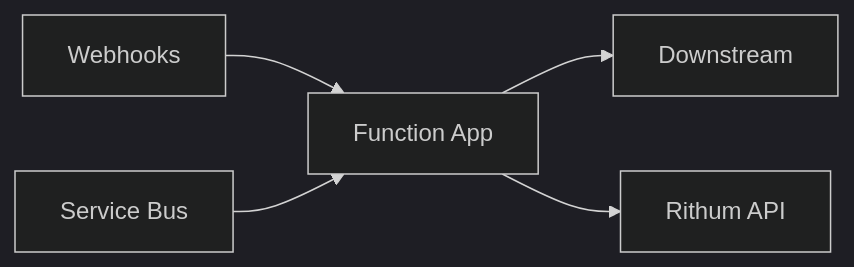
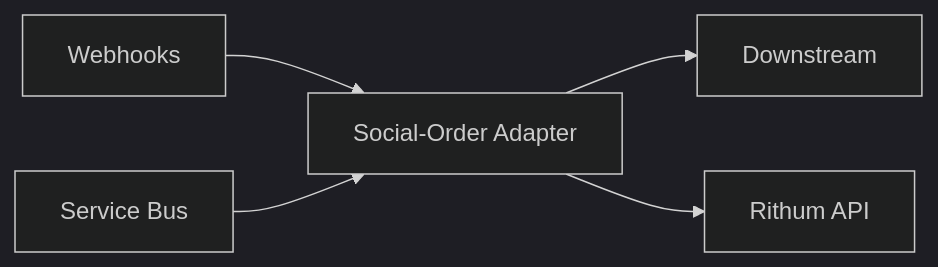
Before and after one commit to alienfacepalm/columbia-social-order-use-case: the fourth of 10 diagrams in presentation.md, drawn with Mermaid (dark theme). The commit also changed other lines of this file and 7 other files, not shown here.

````diff
--- a/presentation.md
+++ b/presentation.md
@@ -178,7 +184,7 @@
 ```mermaid
 flowchart LR
-    WH["Webhooks"] --> FA["Function App"]
+    WH["Webhooks"] --> FA["Social-Order Adapter"]
     SB["Service Bus"] --> FA
     FA --> Down["Downstream"]
     FA --> RAPI["Rithum API"]
 ```
````
